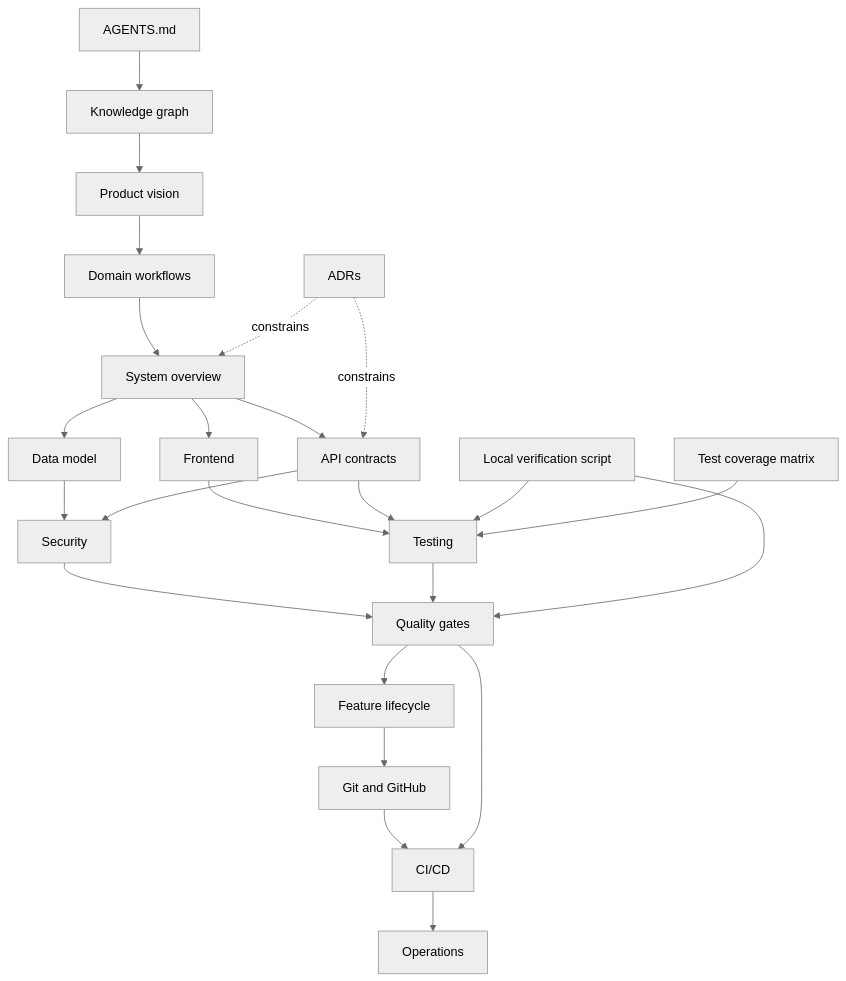
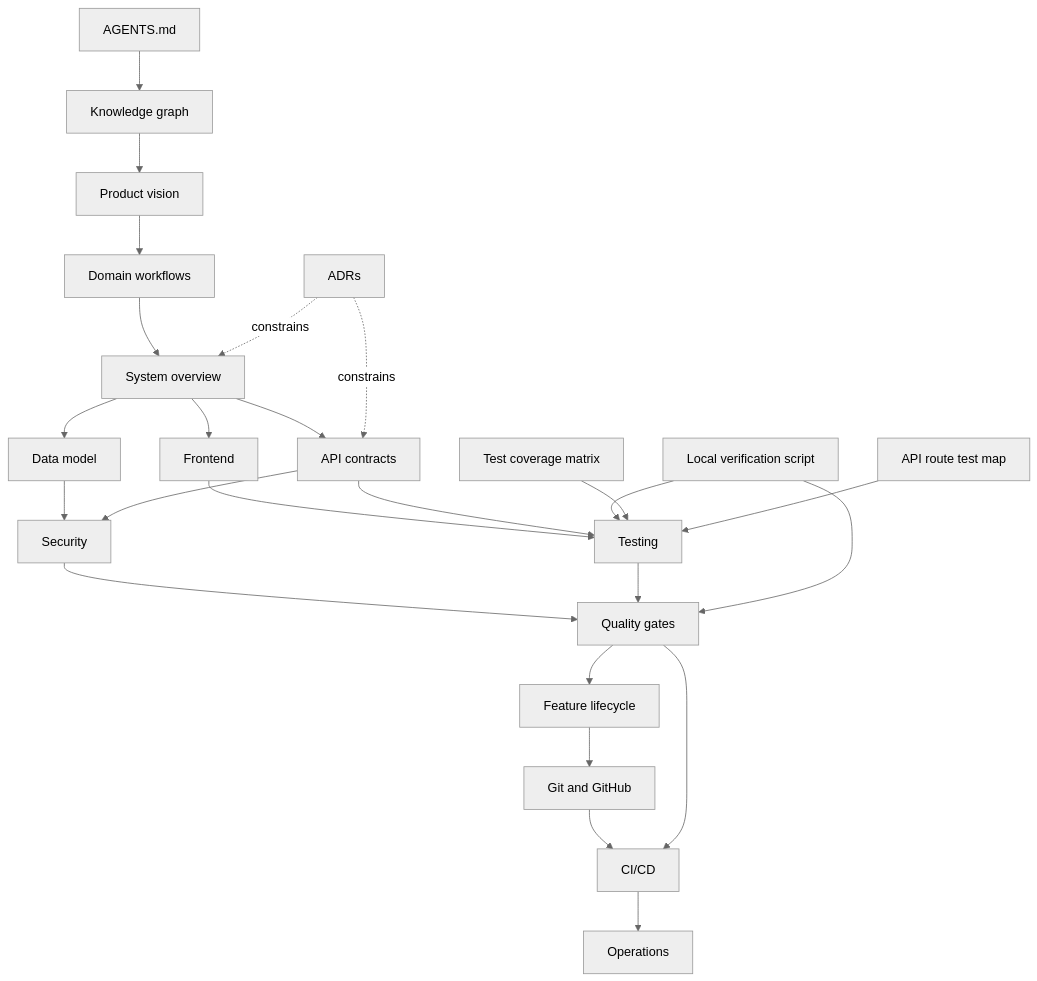
Before and after one commit to AminBrave/rad-art-marketplace: the diagram in docs/knowledge-graph.md, drawn with Mermaid (neutral theme). The commit also changed other lines of this file and 4 other files, not shown here.

Commit message:
test: add React component rendering coverage and API route map

```diff
--- a/docs/knowledge-graph.md
+++ b/docs/knowledge-graph.md
@@ -5,26 +5,27 @@
 ~~~mermaid
 flowchart TD
  A[AGENTS.md] --> K[Knowledge graph]
  K --> P[Product vision]
  P --> D[Domain workflows]
  D --> S[System overview]
  S --> M[Data model]
  S --> F[Frontend]
  S --> API[API contracts]
  M --> SEC[Security]
  API --> SEC
  F --> T[Testing]
  API --> T
  SEC --> Q[Quality gates]
  T --> Q
  Q --> L[Feature lifecycle]
  L --> G[Git and GitHub]
  G --> C[CI/CD]
  Q --> C
  C --> O[Operations]
  ADR[ADRs] -. constrains .-> S
  ADR -. constrains .-> API
  V[Local verification script] --> T
  V --> Q
  CM[Test coverage matrix] --> T
+ RM[API route test map] --> T
 ~~~
```
